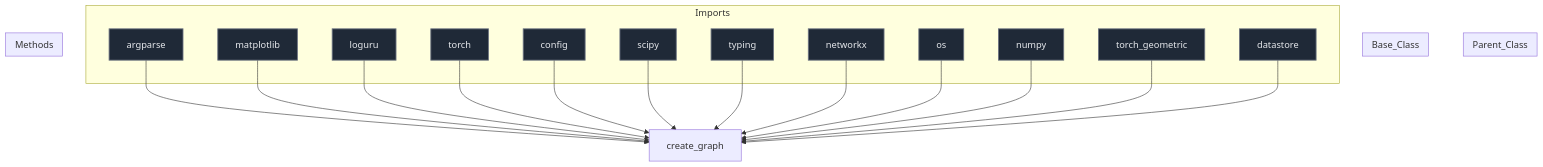
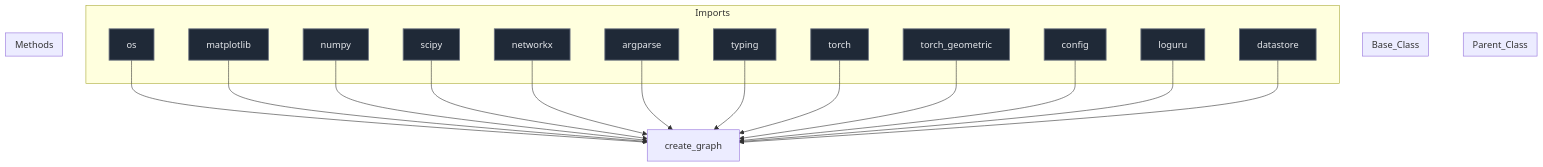
The diagram in docs/diagrams/create_graph_diagram.md (mllam/neural-lam), drawn with Mermaid before and after one commit. The commit also changed 18 other files, not shown here.

Commit message:
Auto-update Mermaid diagrams

````diff
--- a/docs/diagrams/create_graph_diagram.md
+++ b/docs/diagrams/create_graph_diagram.md
@@ -1,53 +1,53 @@
 ```mermaid
 %%{init: {'flowchart': {'nodeSpacing': 60, 'rankSpacing': 80}}}%%
 flowchart TD
 
 module["create_graph"]
 
 subgraph Parent_Class
 end
 
 subgraph Base_Class
 end
 
 
 subgraph Imports
+    os["os"]
+    matplotlib["matplotlib"]
+    numpy["numpy"]
+    scipy["scipy"]
+    networkx["networkx"]
     argparse["argparse"]
-    matplotlib["matplotlib"]
+    typing["typing"]
+    torch["torch"]
+    torch_geometric["torch_geometric"]
+    config["config"]
     loguru["loguru"]
-    torch["torch"]
-    config["config"]
-    scipy["scipy"]
-    typing["typing"]
-    networkx["networkx"]
-    os["os"]
-    numpy["numpy"]
-    torch_geometric["torch_geometric"]
     datastore["datastore"]
 end
 
+    os --> module
+    matplotlib --> module
+    numpy --> module
+    scipy --> module
+    networkx --> module
     argparse --> module
-    matplotlib --> module
+    typing --> module
+    torch --> module
+    torch_geometric --> module
+    config --> module
     loguru --> module
-    torch --> module
-    config --> module
-    scipy --> module
-    typing --> module
-    networkx --> module
-    os --> module
-    numpy --> module
-    torch_geometric --> module
     datastore --> module
 
 subgraph Methods
 end
 
 
 classDef parent fill:#0f172a,stroke:#3b82f6,stroke-width:2px,color:#f1f5f9,font-size:16px
 classDef base fill:#78350f,stroke:#f59e0b,stroke-width:1px,color:#fde68a,font-size:16px
 classDef import fill:#1f2937,stroke:#6b7280,stroke-width:1.5px,color:#e5e7eb,font-size:16px
 classDef method fill:#2d043f,stroke:#7c3aed,stroke-width:1.5px,color:#ede9fe,font-size:16px
 classDef callNode fill:#064e3b,stroke:#10b981,stroke-width:1.5px,color:#d1fae5,font-size:16px
-class argparse,matplotlib,loguru,torch,config,scipy,typing,networkx,os,numpy,torch_geometric,datastore import
+class os,matplotlib,numpy,scipy,networkx,argparse,typing,torch,torch_geometric,config,loguru,datastore import
 
 ```
````
